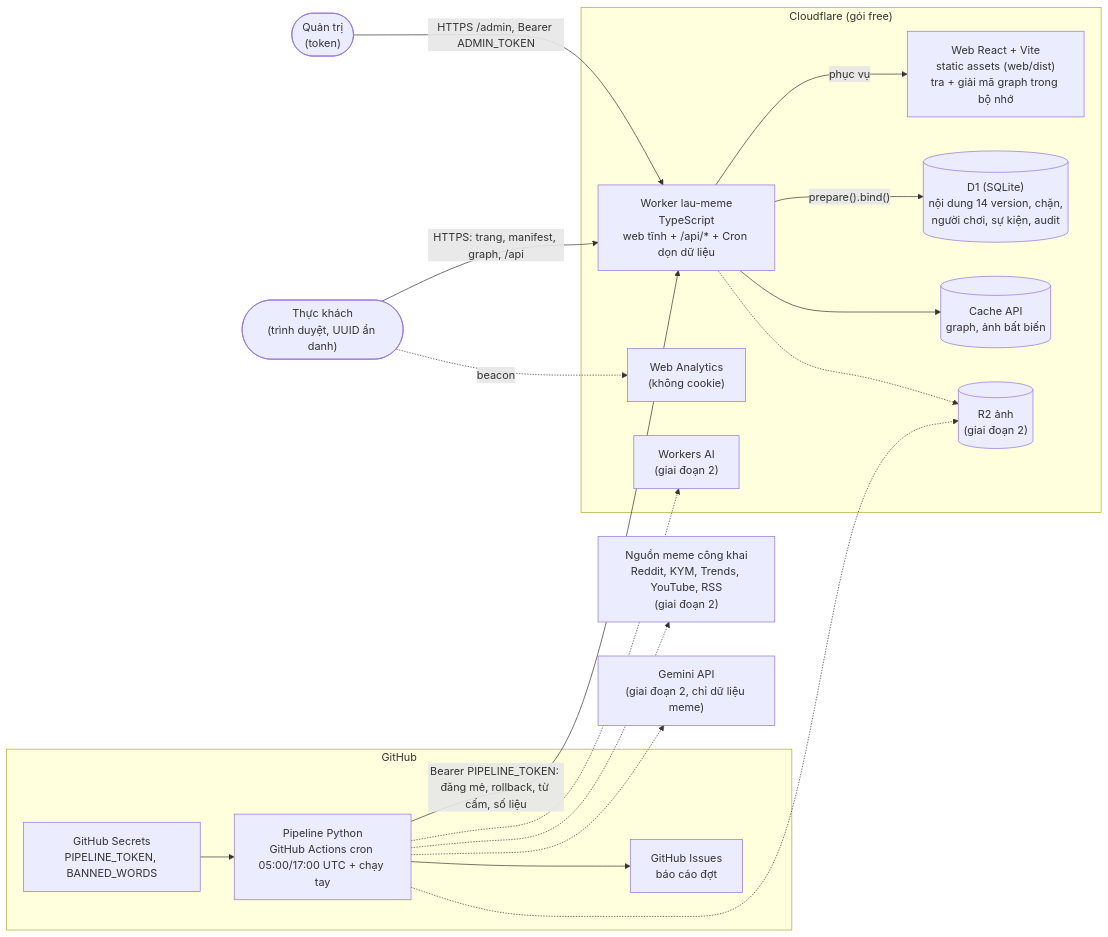
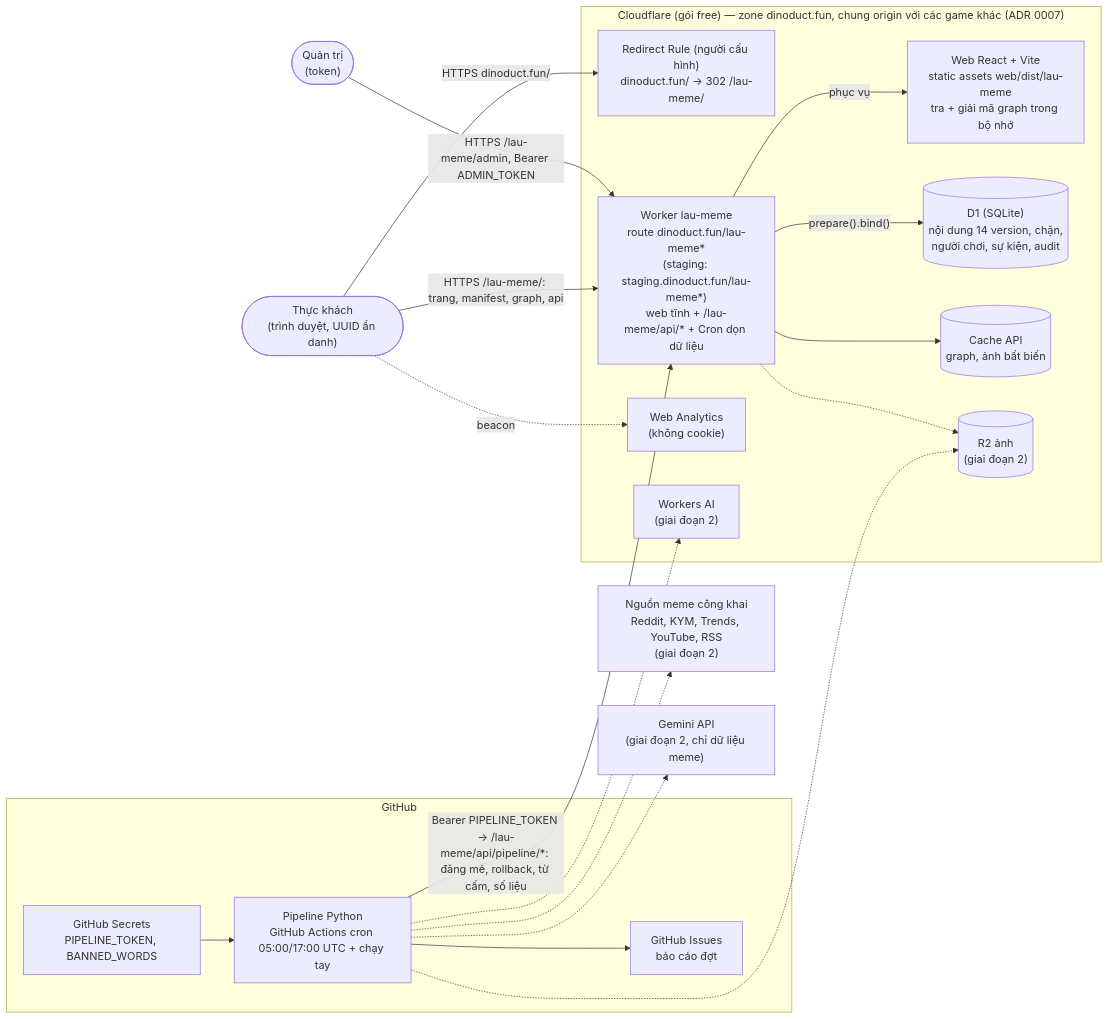
Before and after one commit to thucnq/lau-meme: the diagram in docs/diagrams/system.mmd, drawn with Mermaid.

Commit message:
design: sơ đồ hệ thống theo đường dẫn con dinoduct.fun/lau-meme — route Worker, Redirect Rule gốc, API dưới /lau-meme/api (ADR 0007)
Claude-Session: https://claude.ai/code/session_01KXdGMBwMYLSTW8k84UAtvH

```diff
--- a/docs/diagrams/system.mmd
+++ b/docs/diagrams/system.mmd
@@ -1,38 +1,40 @@
 %% C4 container — Lẩu Meme (giai đoạn 1; nét đứt = giai đoạn 2)
 flowchart LR
   player(["Thực khách<br/>(trình duyệt, UUID ẩn danh)"])
   admin(["Quản trị<br/>(token)"])
 
-  subgraph cf["Cloudflare (gói free)"]
-    worker["Worker lau-meme<br/>TypeScript<br/>web tĩnh + /api/* + Cron dọn dữ liệu"]
-    web["Web React + Vite<br/>static assets (web/dist)<br/>tra + giải mã graph trong bộ nhớ"]
+  subgraph cf["Cloudflare (gói free) — zone dinoduct.fun, chung origin với các game khác (ADR 0007)"]
+    redirect["Redirect Rule (người cấu hình)<br/>dinoduct.fun/ → 302 /lau-meme/"]
+    worker["Worker lau-meme<br/>route dinoduct.fun/lau-meme*<br/>(staging: staging.dinoduct.fun/lau-meme*)<br/>web tĩnh + /lau-meme/api/* + Cron dọn dữ liệu"]
+    web["Web React + Vite<br/>static assets web/dist/lau-meme<br/>tra + giải mã graph trong bộ nhớ"]
     d1[("D1 (SQLite)<br/>nội dung 14 version, chặn,<br/>người chơi, sự kiện, audit")]
     cache[("Cache API<br/>graph, ảnh bất biến")]
     wa["Web Analytics<br/>(không cookie)"]
     r2[("R2 ảnh<br/>(giai đoạn 2)")]
     wai["Workers AI<br/>(giai đoạn 2)"]
   end
 
   subgraph gh["GitHub"]
     actions["Pipeline Python<br/>GitHub Actions cron 05:00/17:00 UTC + chạy tay"]
     issues["GitHub Issues<br/>báo cáo đợt"]
     secrets["GitHub Secrets<br/>PIPELINE_TOKEN, BANNED_WORDS"]
   end
 
   sources["Nguồn meme công khai<br/>Reddit, KYM, Trends, YouTube, RSS<br/>(giai đoạn 2)"]
   gemini["Gemini API<br/>(giai đoạn 2, chỉ dữ liệu meme)"]
 
-  player -- "HTTPS: trang, manifest, graph, /api" --> worker
-  admin -- "HTTPS /admin, Bearer ADMIN_TOKEN" --> worker
+  player -- "HTTPS dinoduct.fun/" --> redirect
+  player -- "HTTPS /lau-meme/: trang, manifest, graph, api" --> worker
+  admin -- "HTTPS /lau-meme/admin, Bearer ADMIN_TOKEN" --> worker
   worker -- "phục vụ" --> web
   worker -- "prepare().bind()" --> d1
   worker --> cache
   player -. beacon .-> wa
-  actions -- "Bearer PIPELINE_TOKEN: đăng mẻ, rollback, từ cấm, số liệu" --> worker
+  actions -- "Bearer PIPELINE_TOKEN → /lau-meme/api/pipeline/*: đăng mẻ, rollback, từ cấm, số liệu" --> worker
   actions --> issues
   secrets --> actions
   actions -.-> sources
   actions -.-> gemini
   actions -.-> wai
   actions -.-> r2
   worker -.-> r2
```
